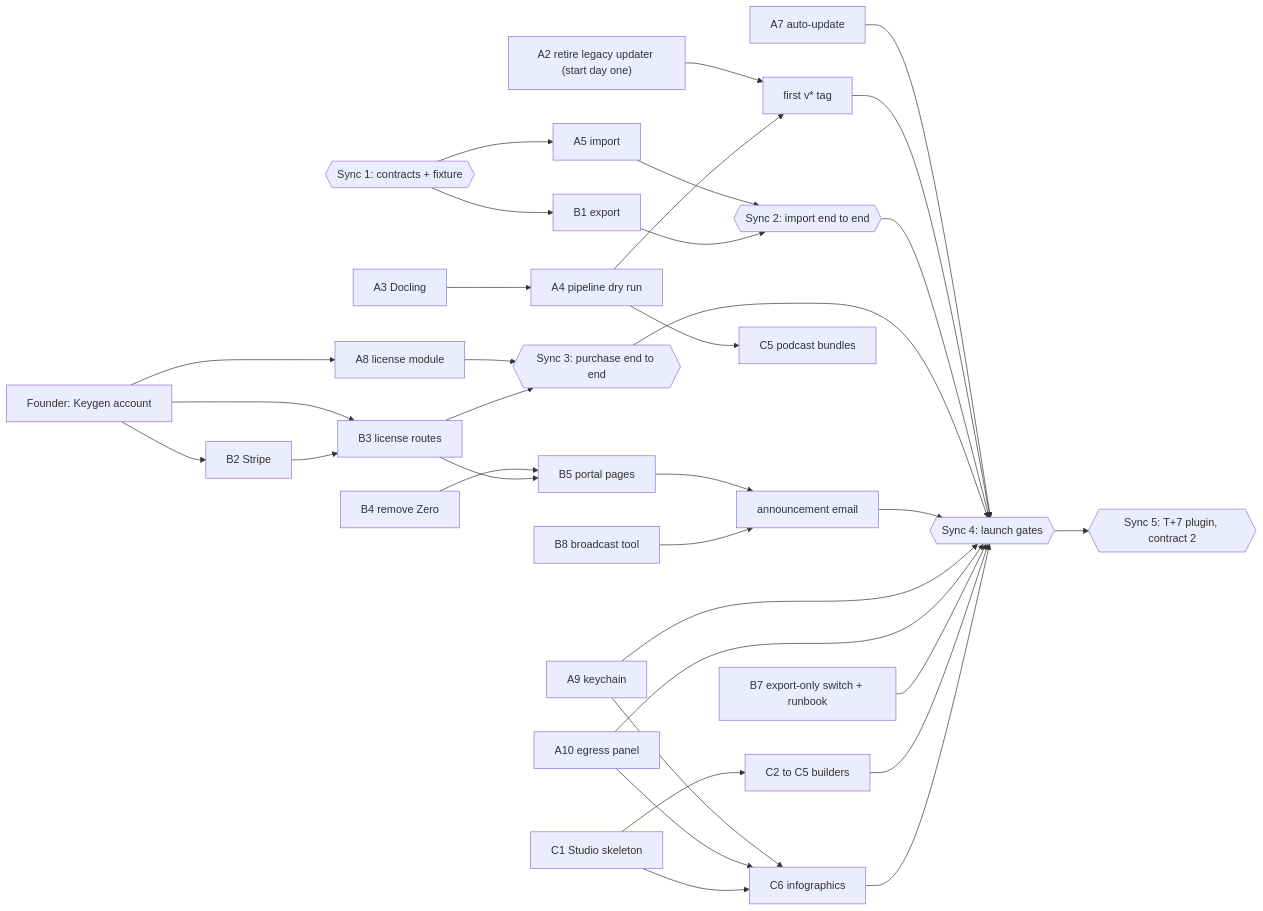
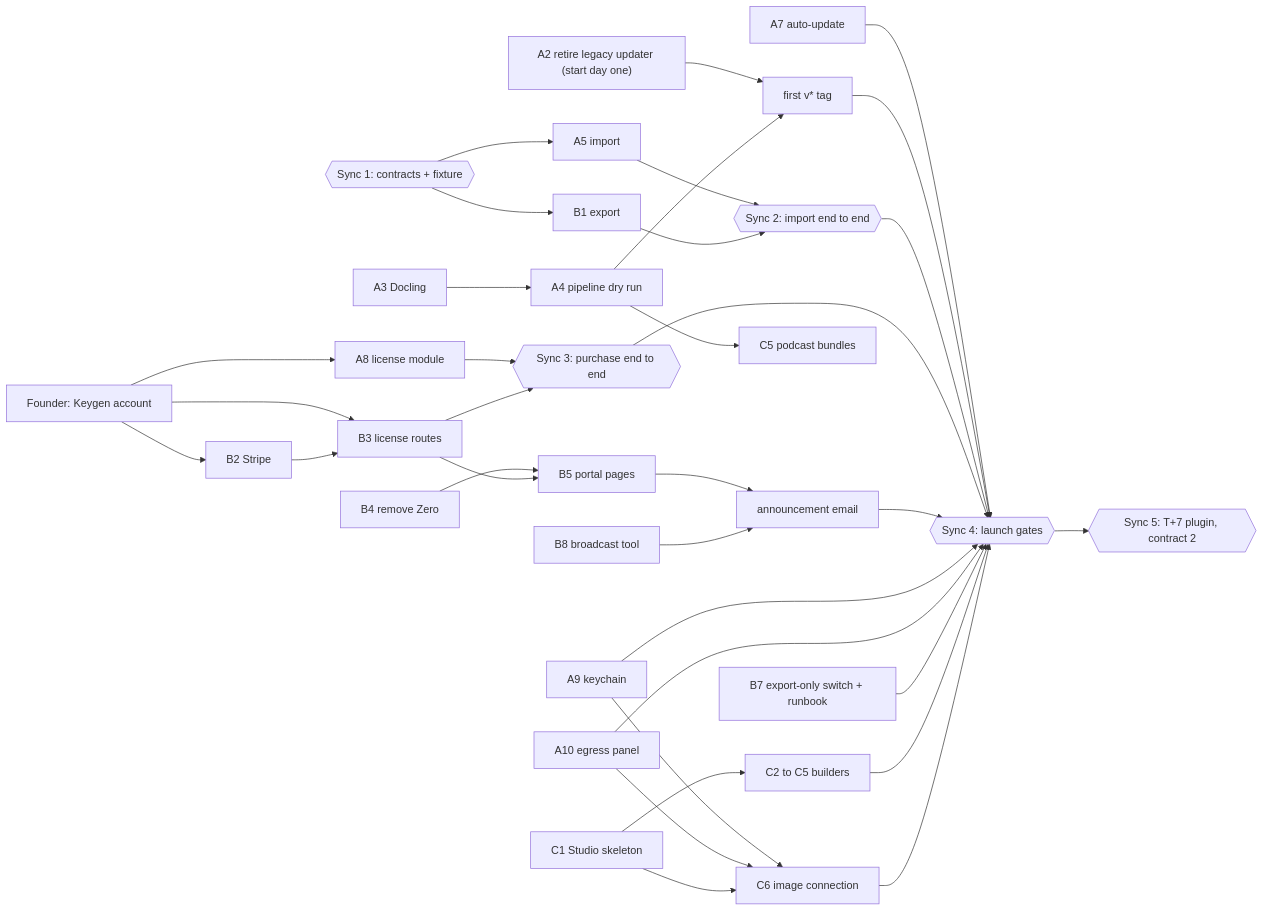
Before and after one commit to MODSetter/SurfSense: the second of 2 diagrams in plans/community-local/00d-pivot-plan.md, drawn with Mermaid. The commit also changed other lines of this file and 14 other files, not shown here.

````diff
--- a/plans/community-local/00d-pivot-plan.md
+++ b/plans/community-local/00d-pivot-plan.md
@@ -136,34 +139,34 @@
 ```mermaid
 flowchart LR
   Keygen[Founder: Keygen account] --> A8[A8 license module]
   Keygen --> B2[B2 Stripe]
   Keygen --> B3[B3 license routes]
   Contracts{{"Sync 1: contracts + fixture"}} --> A5[A5 import]
   Contracts --> B1[B1 export]
   A2["A2 retire legacy updater (start day one)"] --> Tag[first v* tag]
   A3[A3 Docling] --> A4[A4 pipeline dry run] --> Tag
   A5 --> ImportE2E{{"Sync 2: import end to end"}}
   B1 --> ImportE2E
   A8 --> BuyE2E{{"Sync 3: purchase end to end"}}
   B2 --> B3 --> BuyE2E
   B4[B4 remove Zero] --> B5[B5 portal pages]
   B3 --> B5
   B5 --> Announce[announcement email]
   B8[B8 broadcast tool] --> Announce
-  A9[A9 keychain] --> C6[C6 infographics]
+  A9[A9 keychain] --> C6[C6 image connection]
   A10[A10 egress panel] --> C6
   A4 --> C5[C5 podcast bundles]
   C1[C1 Studio skeleton] --> C2[C2 to C5 builders]
   C1 --> C6
   A7[A7 auto-update] --> Gates{{"Sync 4: launch gates"}}
   Tag --> Gates
   ImportE2E --> Gates
   BuyE2E --> Gates
   Announce --> Gates
   A9 --> Gates
   A10 --> Gates
   B7[B7 export-only switch + runbook] --> Gates
   C2 --> Gates
   C6 --> Gates
   Gates --> T7{{"Sync 5: T+7 plugin, contract 2"}}
 ```
````
